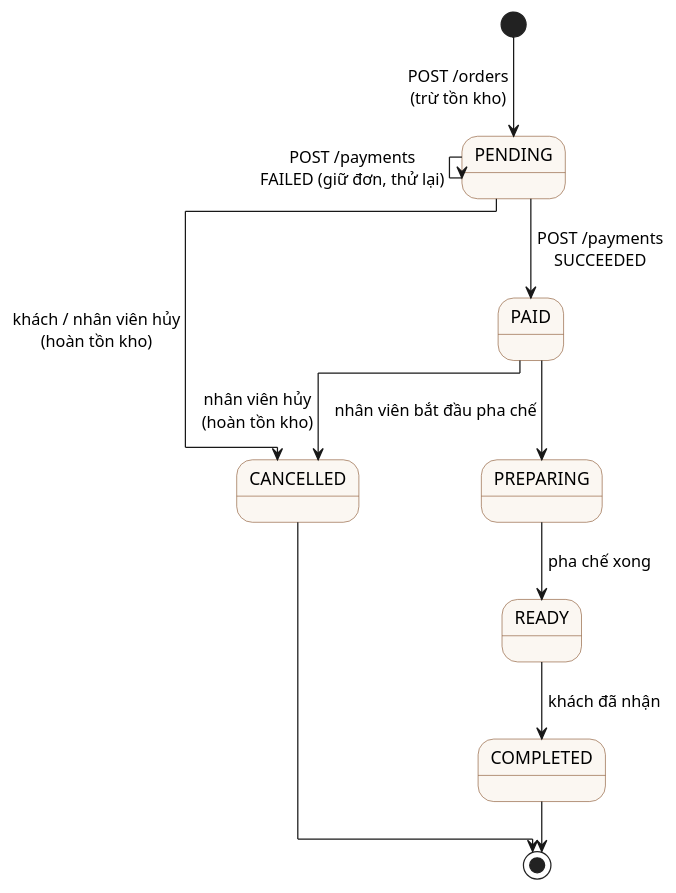
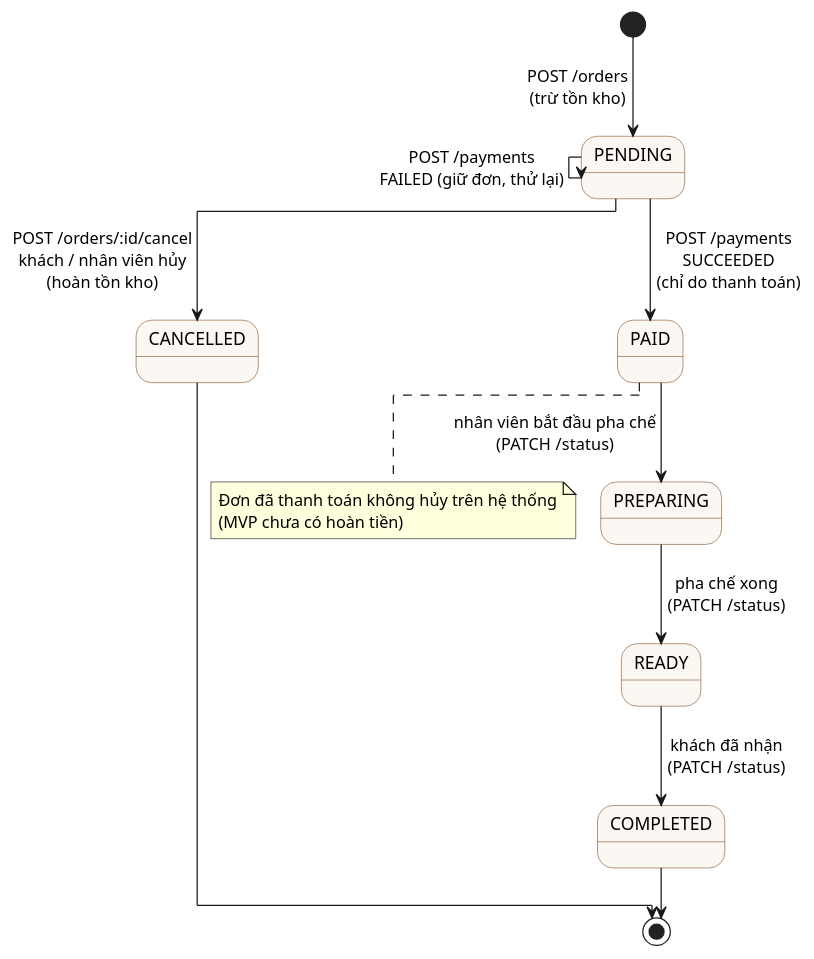
One commit to LHTCoder/brewlite changed the diagram in docs/diagrams/order-state-machine.puml. Above: the diagram before and after it, drawn with PlantUML. The commit also changed 58 other files, not shown here.

```diff
--- a/docs/diagrams/order-state-machine.puml
+++ b/docs/diagrams/order-state-machine.puml
@@ -1,19 +1,22 @@
 @startuml order-state-machine
 ' Máy trạng thái đơn hàng – bổ trợ cho class diagram (enum OrderStatus) và FR-13
 ' Bố cục ELK: đường nối thẳng, vuông góc theo góp ý của nhóm
 !pragma layout elk
 skinparam state {
   BackgroundColor #FBF7F2
   BorderColor #8A5733
 }
 [*] --> PENDING : POST /orders\n(trừ tồn kho)
-PENDING --> PAID : POST /payments\nSUCCEEDED
+PENDING --> PAID : POST /payments\nSUCCEEDED\n(chỉ do thanh toán)
 PENDING --> PENDING : POST /payments\nFAILED (giữ đơn, thử lại)
-PENDING --> CANCELLED : khách / nhân viên hủy\n(hoàn tồn kho)
-PAID --> PREPARING : nhân viên bắt đầu pha chế
-PAID --> CANCELLED : nhân viên hủy\n(hoàn tồn kho)
-PREPARING --> READY : pha chế xong
-READY --> COMPLETED : khách đã nhận
+PENDING --> CANCELLED : POST /orders/:id/cancel\nkhách / nhân viên hủy\n(hoàn tồn kho)
+PAID --> PREPARING : nhân viên bắt đầu pha chế\n(PATCH /status)
+PREPARING --> READY : pha chế xong\n(PATCH /status)
+READY --> COMPLETED : khách đã nhận\n(PATCH /status)
 COMPLETED --> [*]
 CANCELLED --> [*]
+note right of PAID
+  Đơn đã thanh toán không hủy trên hệ thống
+  (MVP chưa có hoàn tiền)
+end note
 @enduml
```
